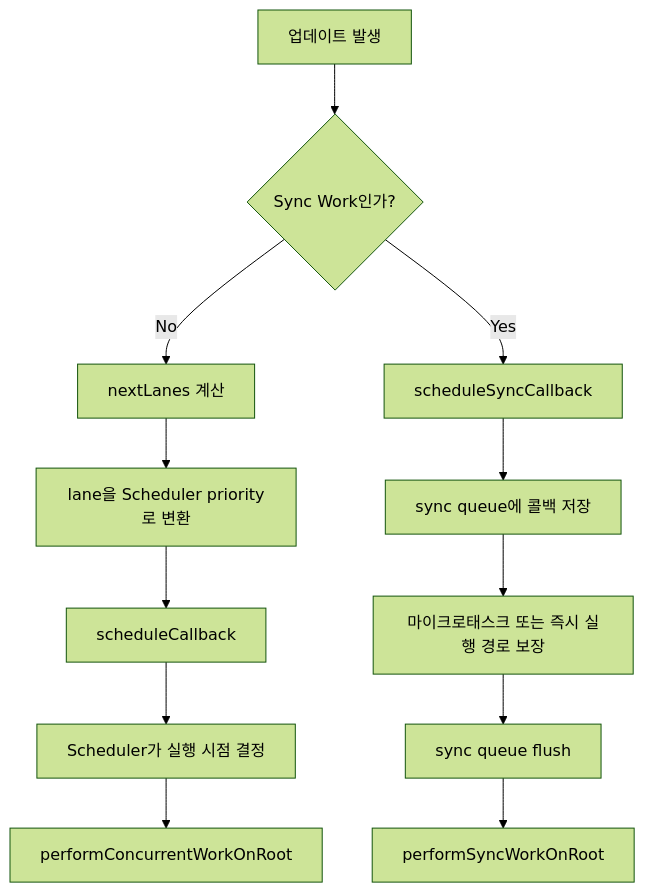
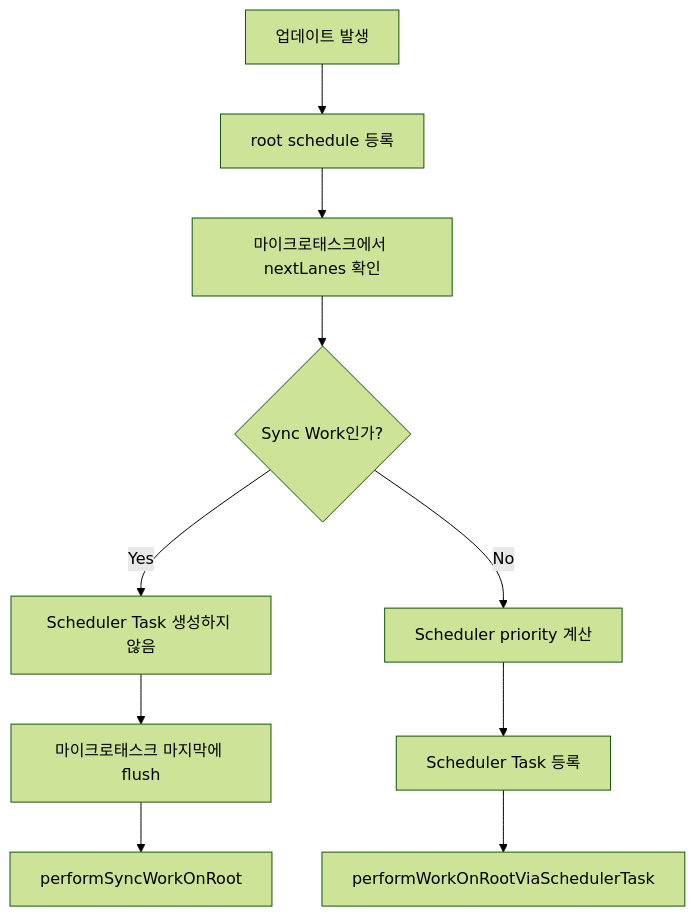
Before and after one commit to junbox98221/JK-study: the diagram in react/part2/ch15.md, drawn with Mermaid (forest theme). The commit also changed other lines of this file and 15 other files, not shown here.

````diff
--- a/react/part2/ch15.md
+++ b/react/part2/ch15.md
@@ -106,15 +53,12 @@
 ```mermaid
 flowchart TD
-    A["업데이트 발생"] --> B{"Sync Work인가?"}
-    B -->|No| C["nextLanes 계산"]
-    C --> D["lane을 Scheduler priority로 변환"]
-    D --> E["scheduleCallback"]
-    E --> F["Scheduler가 실행 시점 결정"]
-    F --> G["performConcurrentWorkOnRoot"]
-
-    B -->|Yes| H["scheduleSyncCallback"]
-    H --> I["sync queue에 콜백 저장"]
-    I --> J["마이크로태스크 또는 즉시 실행 경로 보장"]
-    J --> K["sync queue flush"]
-    K --> L["performSyncWorkOnRoot"]
+    A["업데이트 발생"] --> B["root schedule 등록"]
+    B --> C["마이크로태스크에서 nextLanes 확인"]
+    C --> D{"Sync Work인가?"}
+    D -->|Yes| E["Scheduler Task 생성하지 않음"]
+    E --> F["마이크로태스크 마지막에 flush"]
+    F --> G["performSyncWorkOnRoot"]
+    D -->|No| H["Scheduler priority 계산"]
+    H --> I["Scheduler Task 등록"]
+    I --> J["performWorkOnRootViaSchedulerTask"]
 ```
````
